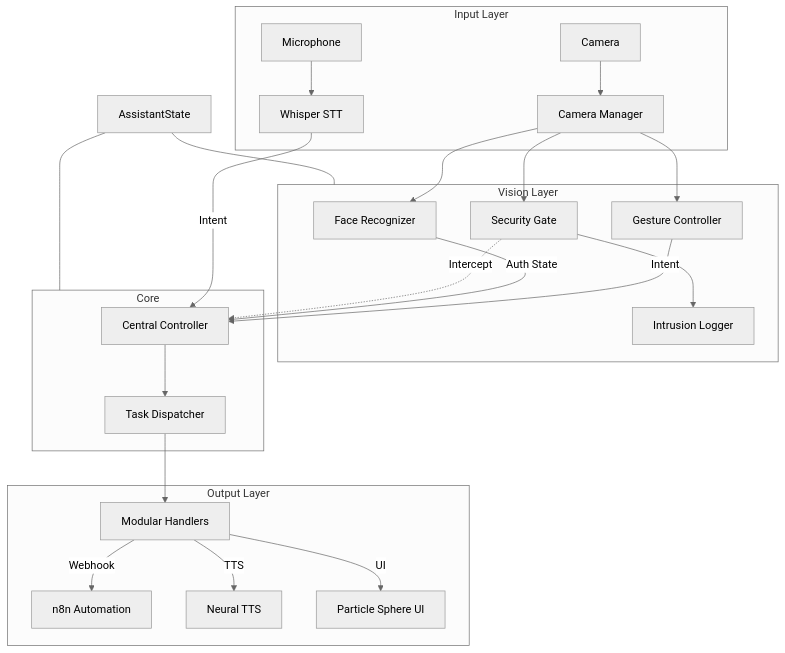
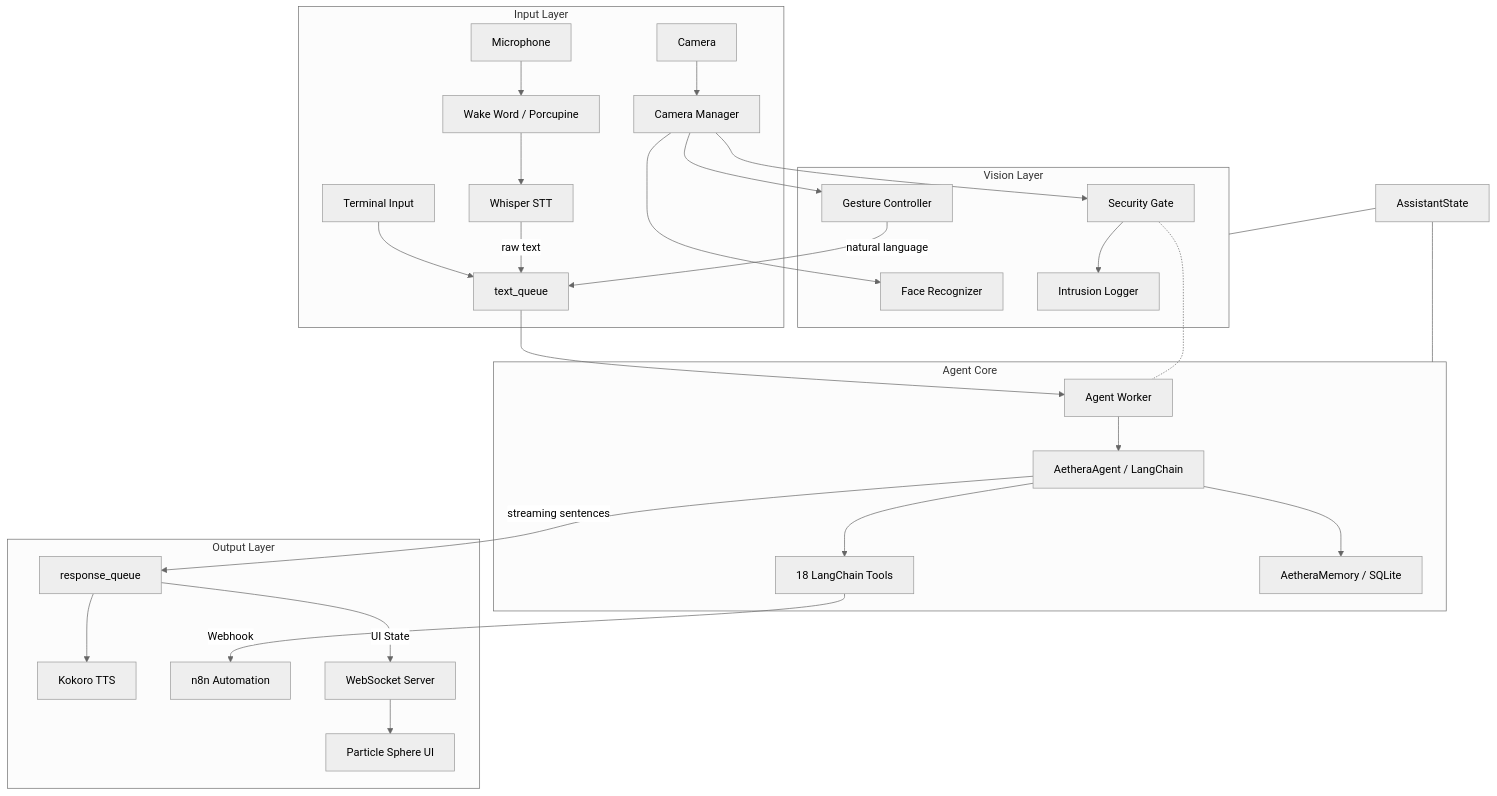
Before and after one commit to SanujaRubasinghe/Aethera-The-Modular-Multi-Modal-Assistant: the diagram in README.md, drawn with Mermaid (neutral theme). The commit also changed other lines of this file and 10 other files, not shown here.

````diff
--- a/README.md
+++ b/README.md
@@ -42,32 +47,37 @@
 ```mermaid
 graph TB
     subgraph InputLayer ["Input Layer"]
-        Mic[Microphone] --> STT[Whisper STT]
+        Mic[Microphone] --> WW[Wake Word / Porcupine]
+        WW --> STT[Whisper STT]
         Cam[Camera] --> CM[Camera Manager]
+        Term[Terminal Input] --> TQ[text_queue]
     end
 
     subgraph VisionLayer ["Vision Layer"]
         CM --> FR[Face Recognizer]
         CM --> GC[Gesture Controller]
         CM --> SG[Security Gate]
         SG --> IL[Intrusion Logger]
     end
 
-    subgraph CoreLayer ["Core"]
-        STT -->|Intent| CC[Central Controller]
-        GC -->|Intent| CC
-        FR -->|Auth State| CC
-        CC --> TD[Task Dispatcher]
-        SG -.->|Intercept| CC
+    subgraph AgentCore ["Agent Core"]
+        STT -->|raw text| TQ
+        GC -->|natural language| TQ
+        TQ --> AW[Agent Worker]
+        SG -.- AW
+        AW --> Agent[AetheraAgent / LangChain]
+        Agent --> Tools[18 LangChain Tools]
+        Agent --> Mem[AetheraMemory / SQLite]
     end
 
     subgraph OutputLayer ["Output Layer"]
-        TD --> Handlers[Modular Handlers]
-        Handlers -->|Webhook| n8n[n8n Automation]
-        Handlers -->|TTS| NeuralTTS[Neural TTS]
-        Handlers -->|UI| Vis[Particle Sphere UI]
+        Agent -->|streaming sentences| RQ[response_queue]
+        RQ --> TTS[Kokoro TTS]
+        Tools -->|Webhook| n8n[n8n Automation]
+        RQ -->|UI State| WS[WebSocket Server]
+        WS --> Vis[Particle Sphere UI]
     end
 
-    S[AssistantState] --- CoreLayer
+    S[AssistantState] --- AgentCore
     S --- VisionLayer
 ```
````
